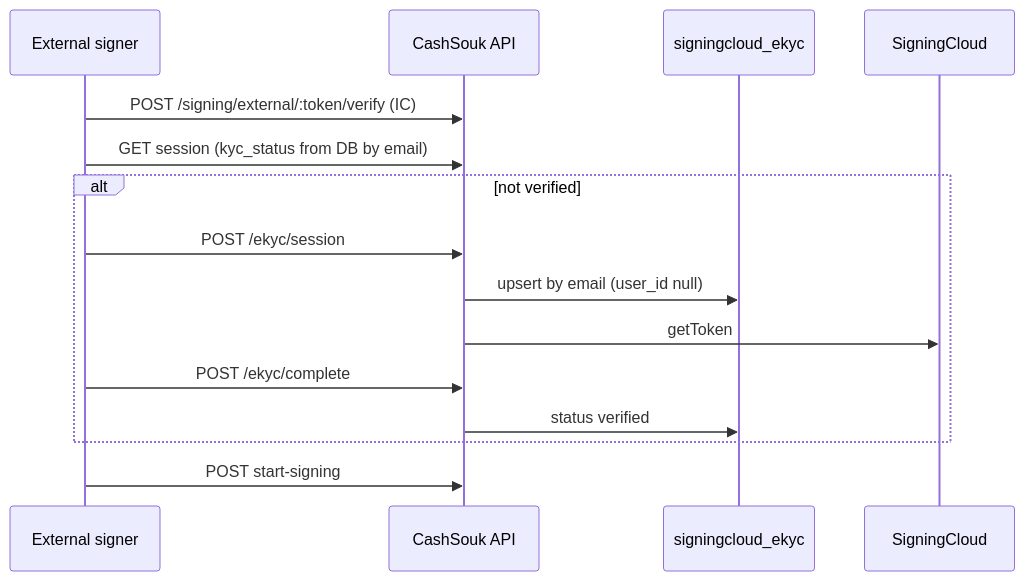
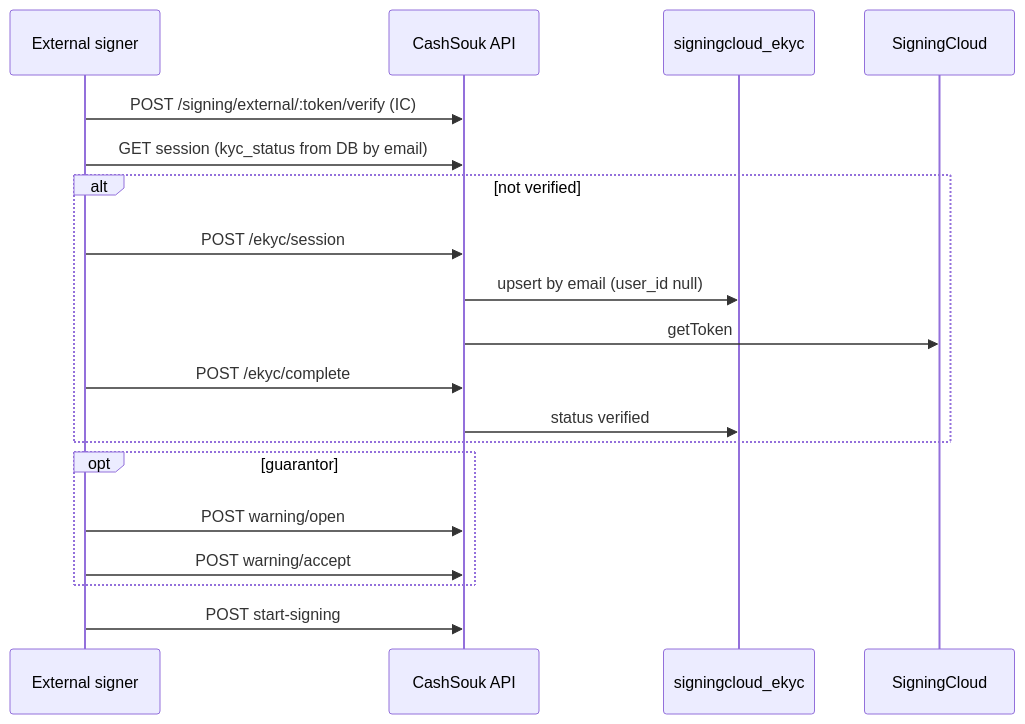
The diagram in docs/integrations/signingcloud-ekyc-flow.md (Malcan-Technologies/shoraka), drawn with Mermaid before and after one commit. The commit also changed other lines of this file and 28 other files, not shown here.

Commit message:
feat: add Guarantor Warning Statement document to step before signing for Guarantor roles

````diff
--- a/docs/integrations/signingcloud-ekyc-flow.md
+++ b/docs/integrations/signingcloud-ekyc-flow.md
@@ -24,18 +24,22 @@
 ```mermaid
 sequenceDiagram
   participant Signer as External signer
   participant API as CashSouk API
   participant DB as signingcloud_ekyc
   participant SC as SigningCloud
 
   Signer->>API: POST /signing/external/:token/verify (IC)
   Signer->>API: GET session (kyc_status from DB by email)
   alt not verified
     Signer->>API: POST /ekyc/session
     API->>DB: upsert by email (user_id null)
     API->>SC: getToken
     Signer->>API: POST /ekyc/complete
     API->>DB: status verified
   end
+  opt guarantor
+    Signer->>API: POST warning/open
+    Signer->>API: POST warning/accept
+  end
   Signer->>API: POST start-signing
 ```
````
